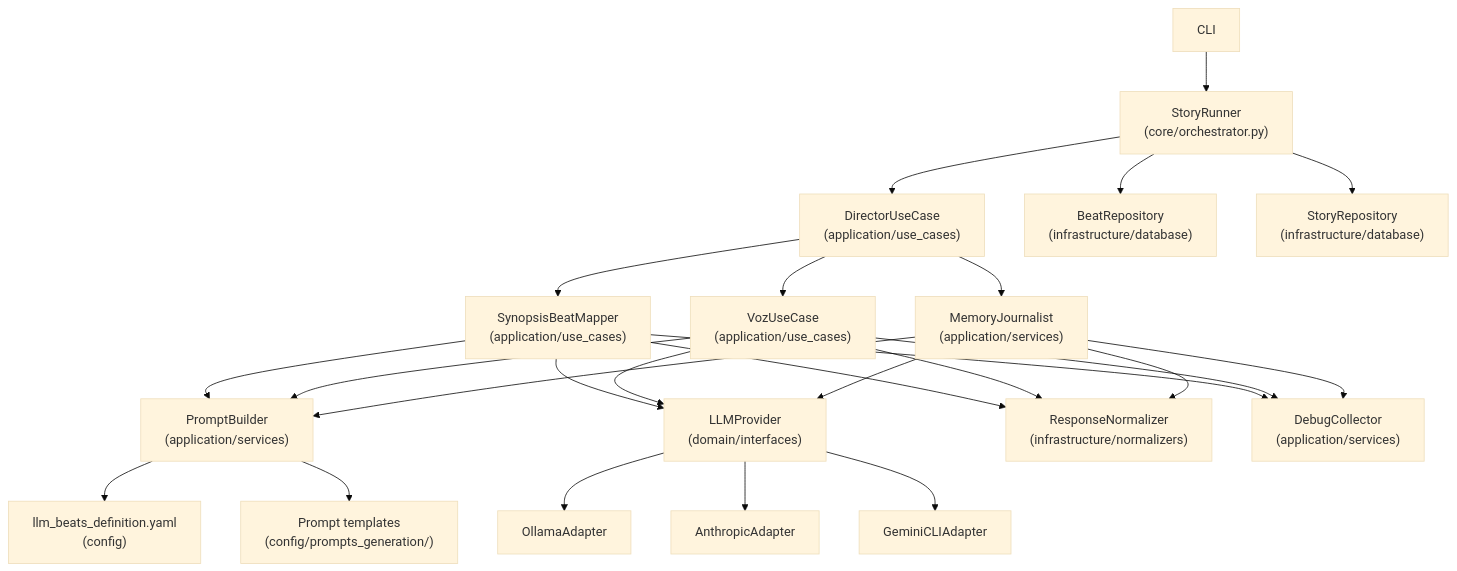
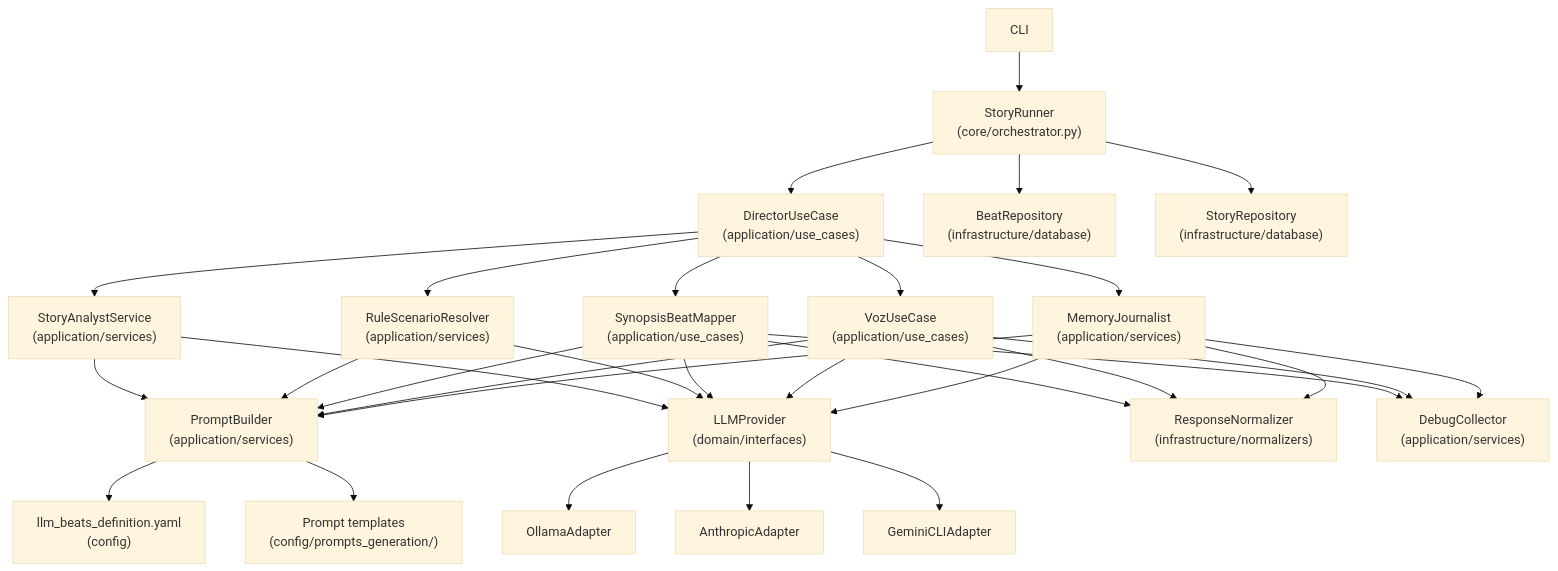
One commit to rledesma912/automated_narrative changed the second of 4 diagrams in README.md. Above: the diagram before and after it, drawn with Mermaid (base theme). The commit also changed other lines of this file and 71 other files, not shown here.

````diff
--- a/README.md
+++ b/README.md
@@ -70,35 +82,41 @@
 ```mermaid
 flowchart TD
     CLI --> Runner["StoryRunner\n(core/orchestrator.py)"]
     Runner --> Dir["DirectorUseCase\n(application/use_cases)"]
 
+    Dir --> Ana["StoryAnalystService\n(application/services)"]
+    Dir --> Res["RuleScenarioResolver\n(application/services)"]
     Dir --> Map["SynopsisBeatMapper\n(application/use_cases)"]
     Dir --> Voz["VozUseCase\n(application/use_cases)"]
     Dir --> Jrn["MemoryJournalist\n(application/services)"]
 
-    Map --> PB["PromptBuilder\n(application/services)"]
+    Ana --> PB["PromptBuilder\n(application/services)"]
+    Res --> PB
+    Map --> PB
     Voz --> PB
     Jrn --> PB
 
-    Map --> LLM["LLMProvider\n(domain/interfaces)"]
+    Ana --> LLM["LLMProvider\n(domain/interfaces)"]
+    Res --> LLM
+    Map --> LLM
     Voz --> LLM
     Jrn --> LLM
 
     Map --> Norm["ResponseNormalizer\n(infrastructure/normalizers)"]
     Voz --> Norm
     Jrn --> Norm
 
     Map --> DC["DebugCollector\n(application/services)"]
     Voz --> DC
     Jrn --> DC
 
     PB --> YAML["llm_beats_definition.yaml\n(config)"]
     PB --> Tmpl["Prompt templates\n(config/prompts_generation/)"]
 
     LLM --> Ollama["OllamaAdapter"]
     LLM --> Anthropic["AnthropicAdapter"]
     LLM --> Gemini["GeminiCLIAdapter"]
 
     Runner --> BeatRepo["BeatRepository\n(infrastructure/database)"]
     Runner --> StoryRepo["StoryRepository\n(infrastructure/database)"]
 ```
````
